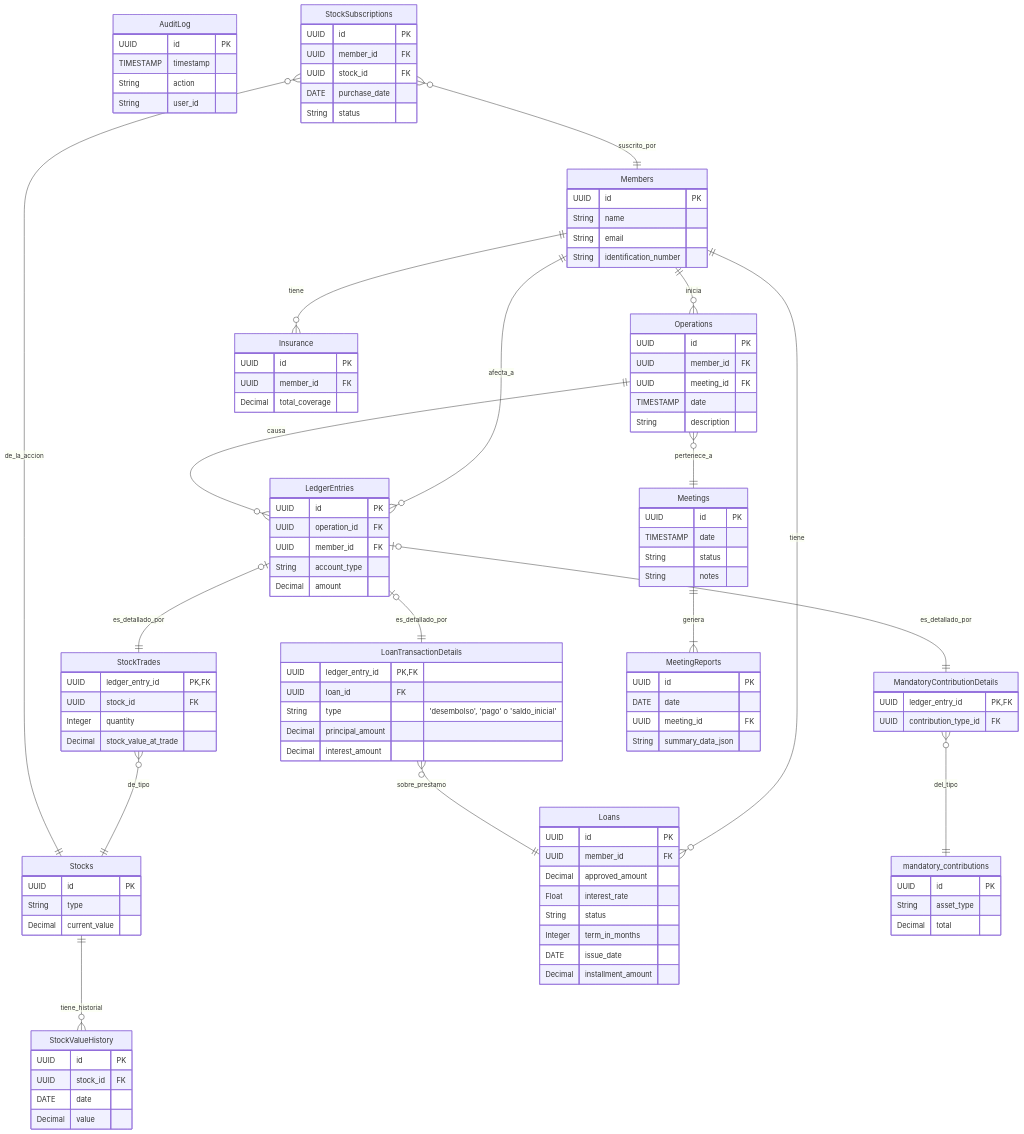
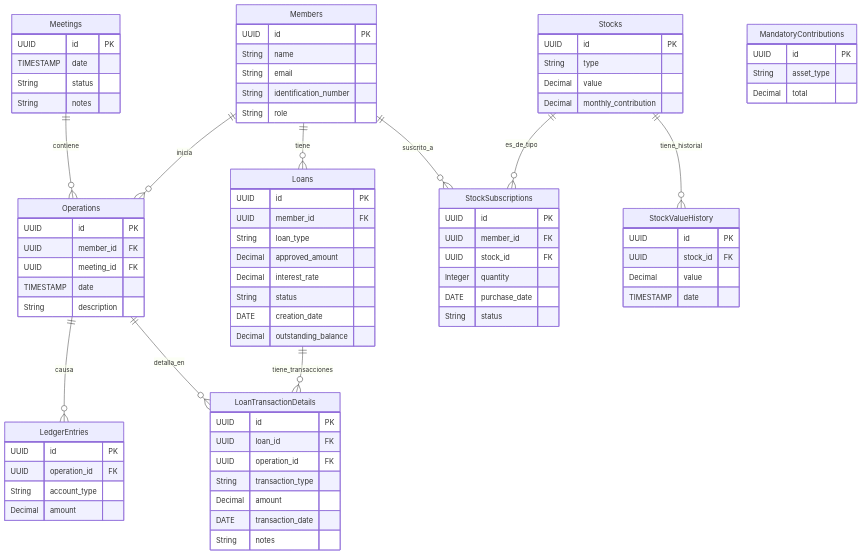
Before and after one commit to fabian-martinez/collaborative-saving: the second of 2 diagrams in docs/phases/phase-2.md, drawn with Mermaid. The commit also changed other lines of this file and 66 other files, not shown here.

Commit message:
feat: Refactor frontend to feature-sliced architecture and update backend

````diff
--- a/docs/phases/phase-2.md
+++ b/docs/phases/phase-2.md
@@ -76,6 +76,7 @@
         String name
         String email
         String identification_number
+        String role
     }
 
     Meetings {
@@ -96,112 +97,68 @@
     LedgerEntries {
         UUID id PK
         UUID operation_id FK
-        UUID member_id FK
         String account_type
         Decimal amount
     }
 
-    %% --- Transaction Details ---
-    StockTrades {
-        UUID ledger_entry_id PK, FK
-        UUID stock_id FK
-        Integer quantity
-        Decimal stock_value_at_trade
-    }
-
-    LoanTransactionDetails {
-        UUID ledger_entry_id PK, FK
-        UUID loan_id FK
-        String type "'desembolso', 'pago' o 'saldo_inicial'"
-        Decimal principal_amount
-        Decimal interest_amount
-    }
-
-    MandatoryContributionDetails {
-        UUID ledger_entry_id PK, FK
-        UUID contribution_type_id FK
-    }
-
-    %% --- Main Business Entities ---
     Stocks {
         UUID id PK
         String type
-        Decimal current_value
-    }
-    
-    Loans {
-        UUID id PK
-        UUID member_id FK
-        Decimal approved_amount
-        Float interest_rate
-        String status
-        Integer term_in_months
-        DATE issue_date
-        Decimal installment_amount
-    }
-
-    Insurance {
-        UUID id PK
-        UUID member_id FK
-        Decimal total_coverage
-    }
-
-    %% --- Reporting & Auditing ---
-    MeetingReports {
-        UUID id PK
-        DATE date
-        UUID meeting_id FK
-        String summary_data_json
+        Decimal value
+        Decimal monthly_contribution
     }
 
     StockValueHistory {
         UUID id PK
         UUID stock_id FK
-        DATE date
         Decimal value
+        TIMESTAMP date
     }
-    
-    mandatory_contributions {
+
+    StockSubscriptions {
+        UUID id PK
+        UUID member_id FK
+        UUID stock_id FK
+        Integer quantity
+        DATE purchase_date
+        String status
+    }
+
+    MandatoryContributions {
         UUID id PK
         String asset_type
         Decimal total
     }
 
-    AuditLog {
+    Loans {
         UUID id PK
-        TIMESTAMP timestamp
-        String action
-        String user_id
+        UUID member_id FK
+        String loan_type
+        Decimal approved_amount
+        Decimal interest_rate
+        String status
+        DATE creation_date
+        Decimal outstanding_balance
+    }
+
+    LoanTransactionDetails {
+        UUID id PK
+        UUID loan_id FK
+        UUID operation_id FK
+        String transaction_type
+        Decimal amount
+        DATE transaction_date
+        String notes
     }
 
     %% --- Relationships ---
     Members ||--o{ Operations : "inicia"
-    Members ||--o{ LedgerEntries : "afecta_a"
     Members ||--o{ Loans : "tiene"
-    Members ||--o{ Insurance : "tiene"
-
+    Members ||--o{ StockSubscriptions : "suscrito_a"
+    Meetings ||--o{ Operations : "contiene"
     Operations ||--o{ LedgerEntries : "causa"
-    Operations }o--|| Meetings : "pertenece_a"
-    Meetings ||--|{ MeetingReports : "genera"
-    
-    LedgerEntries |o--|| StockTrades : "es_detallado_por"
-    LedgerEntries |o--|| LoanTransactionDetails : "es_detallado_por"
-    LedgerEntries |o--|| MandatoryContributionDetails : "es_detallado_por"
-
-    LoanTransactionDetails }o--|| Loans : "sobre_prestamo"
-    StockTrades }o--|| Stocks : "de_tipo"
-    MandatoryContributionDetails }o--|| mandatory_contributions : "del_tipo"
-    
+    Operations ||--o{ LoanTransactionDetails : "detalla_en"
+    Stocks ||--o{ StockSubscriptions : "es_de_tipo"
     Stocks ||--o{ StockValueHistory : "tiene_historial"
-
-    StockSubscriptions {
-        UUID id PK
-        UUID member_id FK
-        UUID stock_id FK
-        DATE purchase_date
-        String status
-    }
-
-    StockSubscriptions }o--|| Members : "suscrito_por"
-    StockSubscriptions }o--|| Stocks : "de_la_accion"
+    Loans ||--o{ LoanTransactionDetails : "tiene_transacciones"
 ```
````
